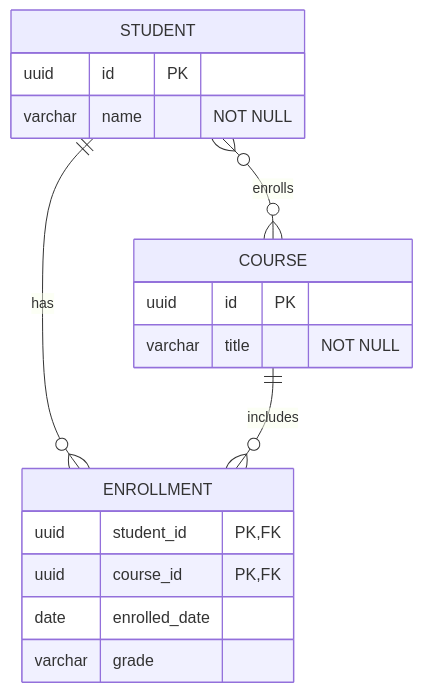
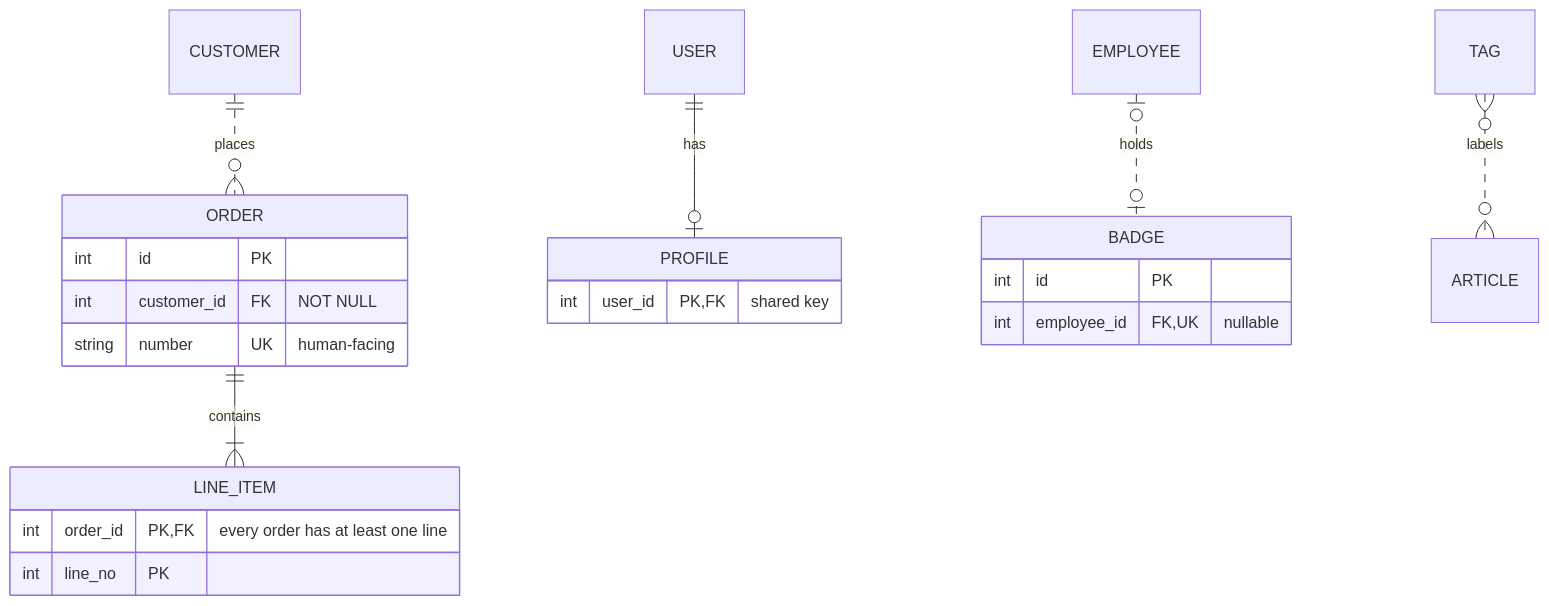
One commit to castocolina/agent-toolkit changed the diagram in dist/plugins/mermaid-diagrams/skills/mermaid-diagrams/references/erd-diagrams.md. Above: the diagram before and after it, drawn with Mermaid. The commit also changed other lines of this file and 1013 other files, not shown here.

````diff
--- a/dist/plugins/mermaid-diagrams/skills/mermaid-diagrams/references/erd-diagrams.md
+++ b/dist/plugins/mermaid-diagrams/skills/mermaid-diagrams/references/erd-diagrams.md
@@ -422,23 +28,24 @@
 ```mermaid
 erDiagram
-    STUDENT }o--o{ COURSE : enrolls
-    STUDENT ||--o{ ENROLLMENT : has
-    COURSE ||--o{ ENROLLMENT : includes
-    
-    STUDENT {
-        uuid id PK
-        varchar name "NOT NULL"
+    CUSTOMER ||..o{ ORDER : "places"
+    ORDER ||--|{ LINE_ITEM : "contains"
+    USER ||--o| PROFILE : "has"
+    EMPLOYEE |o..o| BADGE : "holds"
+    TAG }o..o{ ARTICLE : "labels"
+    ORDER {
+        int id PK
+        int customer_id FK "NOT NULL"
+        string number UK "human-facing"
     }
-    
-    ENROLLMENT {
-        uuid student_id PK, FK
-        uuid course_id PK, FK
-        date enrolled_date
-        varchar grade
+    LINE_ITEM {
+        int order_id PK, FK "every order has at least one line"
+        int line_no PK
     }
-    
-    COURSE {
-        uuid id PK
-        varchar title "NOT NULL"
+    PROFILE {
+        int user_id PK, FK "shared key"
+    }
+    BADGE {
+        int id PK
+        int employee_id FK, UK "nullable"
     }
 ```
````
